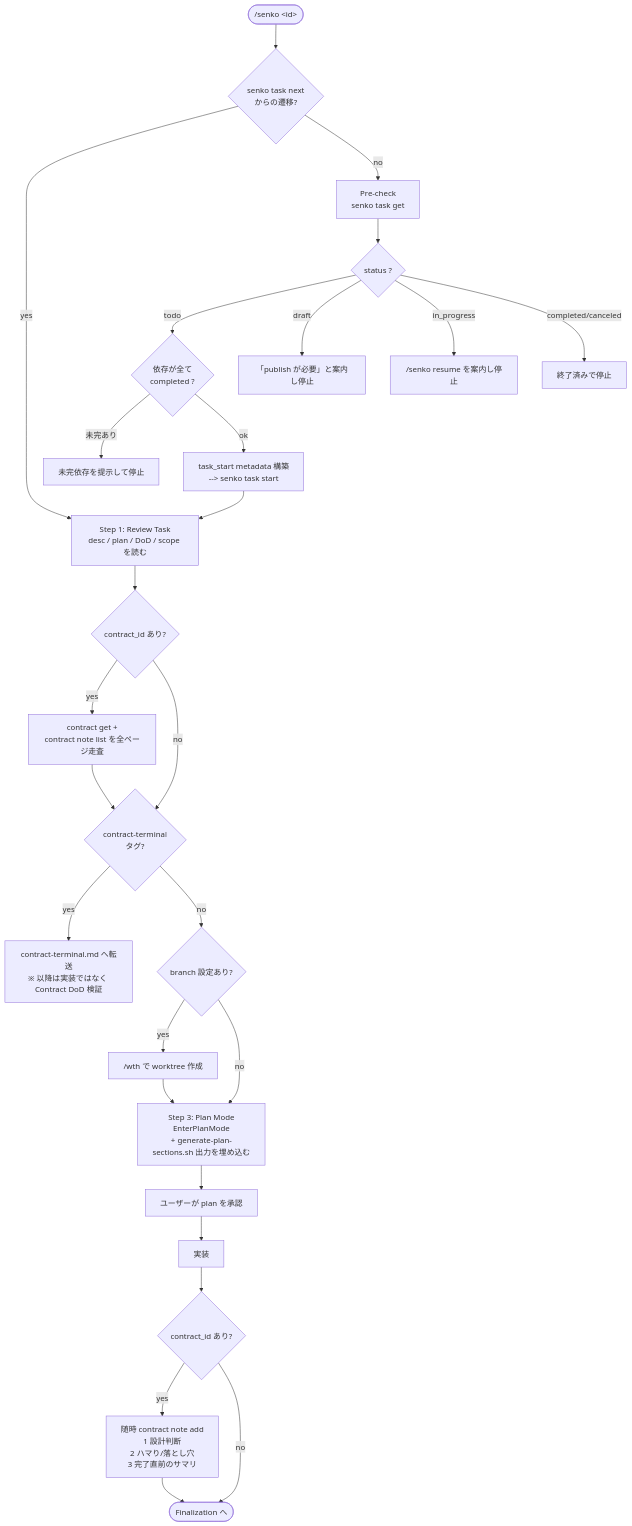
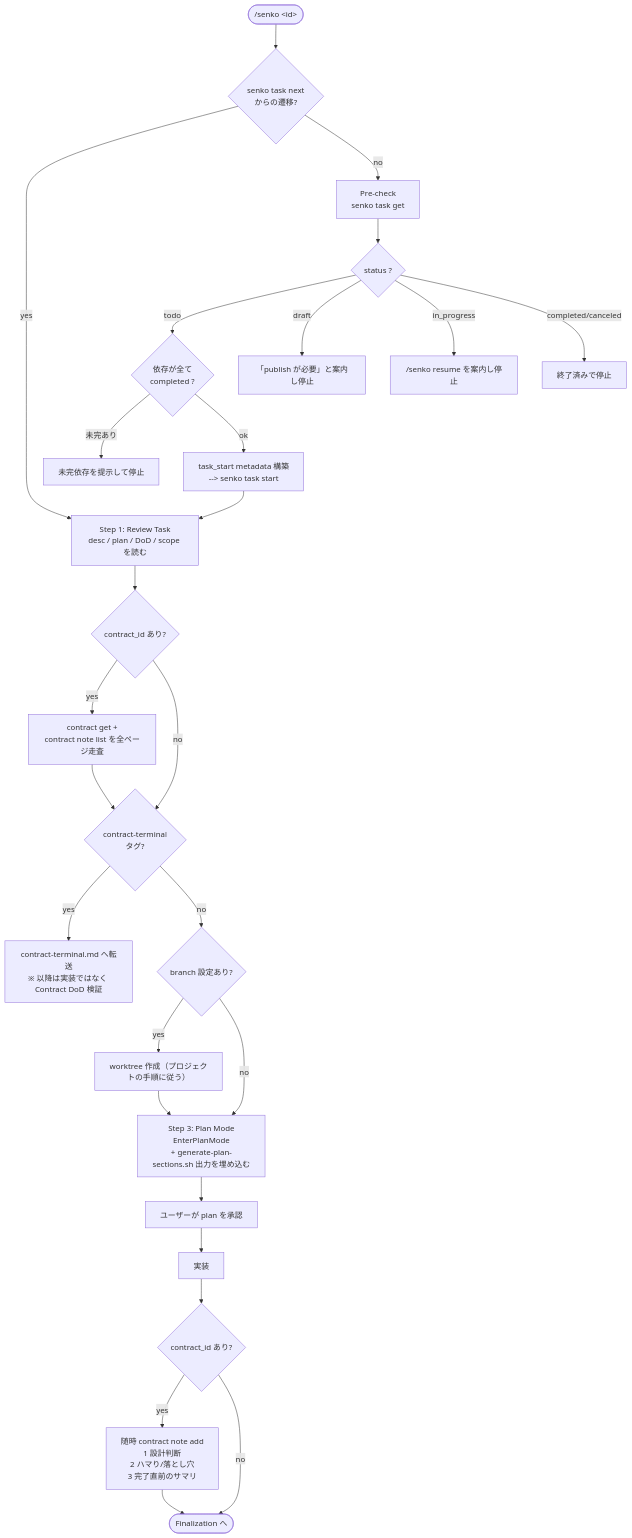
The second of 2 diagrams in docs/knowledge/senko-skill-flow.md (hisamekms/senko), drawn with Mermaid before and after one commit. The commit also changed other lines of this file and 4 other files, not shown here.

````diff
--- a/docs/knowledge/senko-skill-flow.md
+++ b/docs/knowledge/senko-skill-flow.md
@@ -80,33 +80,33 @@
 ```mermaid
 flowchart TD
     A(["/senko &lt;id&gt;"]) --> FromNext{"senko task next<br/>からの遷移?"}
     FromNext -- yes --> S1
     FromNext -- no --> PG["Pre-check<br/>senko task get"]
 
     PG --> ST{"status ?"}
     ST -- todo --> DEP{"依存が全て<br/>completed ?"}
     ST -- draft --> X1["「publish が必要」と案内し停止"]
     ST -- in_progress --> X2["/senko resume を案内し停止"]
     ST -- completed/canceled --> X3["終了済みで停止"]
     DEP -- 未完あり --> X4["未完依存を提示して停止"]
     DEP -- ok --> META["task_start metadata 構築<br/>--&gt; senko task start"]
 
     META --> S1["Step 1: Review Task<br/>desc / plan / DoD / scope を読む"]
     S1 --> CC{"contract_id あり?"}
     CC -- yes --> LC["contract get +<br/>contract note list を全ページ走査"]
     CC -- no --> TT
     LC --> TT{"contract-terminal<br/>タグ?"}
     TT -- yes --> RD["contract-terminal.md へ転送<br/>※ 以降は実装ではなく Contract DoD 検証"]
     TT -- no --> S2{"branch 設定あり?"}
 
-    S2 -- yes --> WT["/wth で worktree 作成"]
+    S2 -- yes --> WT["worktree 作成（プロジェクトの手順に従う）"]
     S2 -- no --> S3
     WT --> S3["Step 3: Plan Mode<br/>EnterPlanMode<br/>+ generate-plan-sections.sh 出力を埋め込む"]
     S3 --> AP["ユーザーが plan を承認"]
     AP --> IMP["実装"]
 
     IMP --> NL{"contract_id あり?"}
     NL -- yes --> NOTES["随時 contract note add<br/>1 設計判断<br/>2 ハマり/落とし穴<br/>3 完了直前のサマリ"]
     NL -- no --> FIN(["Finalization へ"])
     NOTES --> FIN
 ```
````
